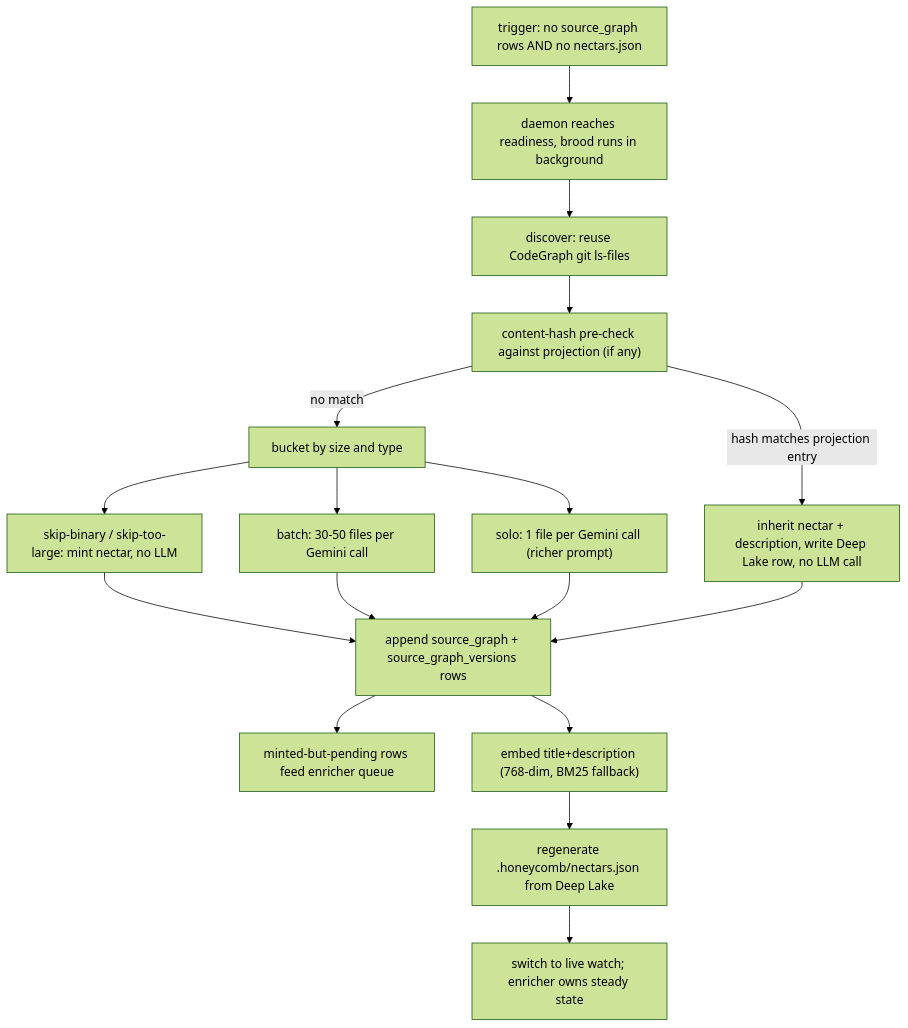
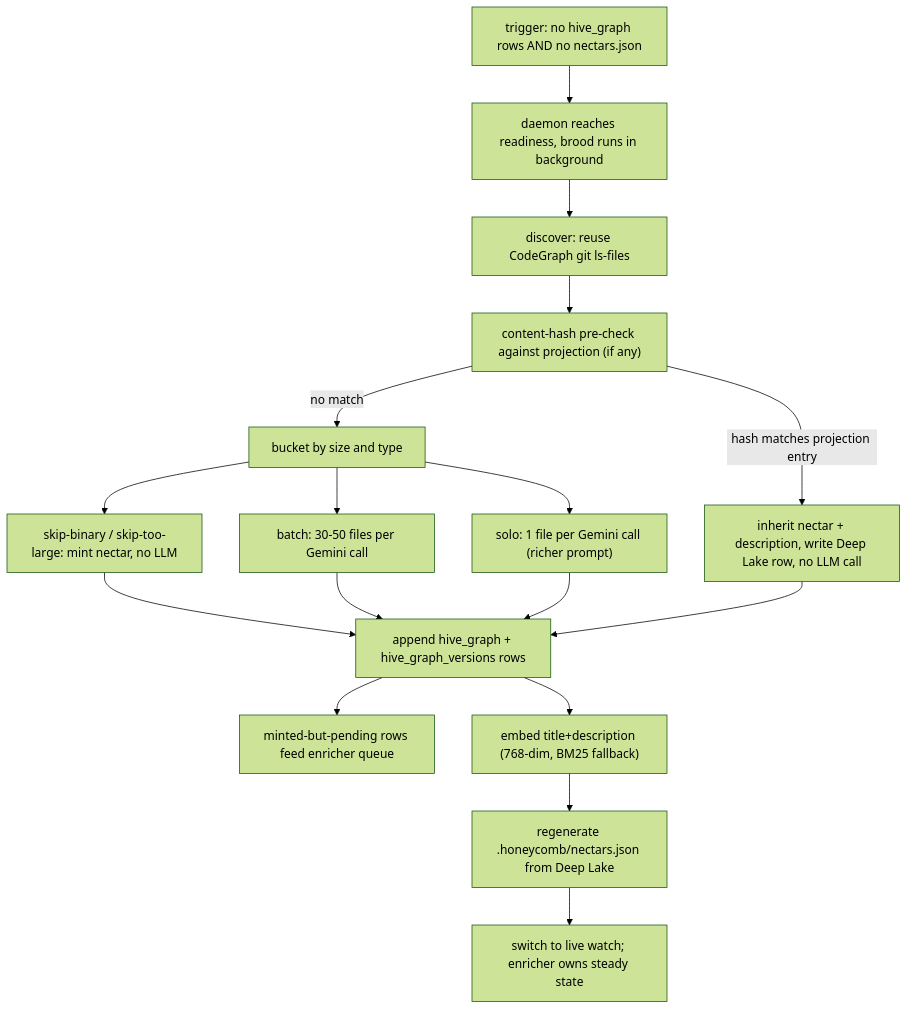
One commit to legioncodeinc/nectar changed the first of 2 diagrams in library/knowledge/private/ai/brooding-deep-dive/brooding-ecosystem-story-arc.md. Above: the diagram before and after it, drawn with Mermaid (forest theme). The commit also changed other lines of this file and 337 other files, not shown here.

````diff
--- a/library/knowledge/private/ai/brooding-deep-dive/brooding-ecosystem-story-arc.md
+++ b/library/knowledge/private/ai/brooding-deep-dive/brooding-ecosystem-story-arc.md
@@ -30,19 +30,19 @@
 ```mermaid
 flowchart TD
-    trigger["trigger: no source_graph rows AND no nectars.json"] --> ready["daemon reaches readiness, brood runs in background"]
+    trigger["trigger: no hive_graph rows AND no nectars.json"] --> ready["daemon reaches readiness, brood runs in background"]
     ready --> discover["discover: reuse CodeGraph git ls-files"]
     discover --> precheck["content-hash pre-check against projection (if any)"]
     precheck -->|"hash matches projection entry"| inherit["inherit nectar + description, write Deep Lake row, no LLM call"]
     precheck -->|"no match"| bucket["bucket by size and type"]
     bucket --> skip["skip-binary / skip-too-large: mint nectar, no LLM"]
     bucket --> batch["batch: 30-50 files per Gemini call"]
     bucket --> solo["solo: 1 file per Gemini call (richer prompt)"]
-    skip --> write["append source_graph + source_graph_versions rows"]
+    skip --> write["append hive_graph + hive_graph_versions rows"]
     batch --> write
     solo --> write
     inherit --> write
     write --> enrichQueue["minted-but-pending rows feed enricher queue"]
     write --> embed["embed title+description (768-dim, BM25 fallback)"]
     embed --> projection["regenerate .honeycomb/nectars.json from Deep Lake"]
     projection --> handoff["switch to live watch; enricher owns steady state"]
 ```
````
